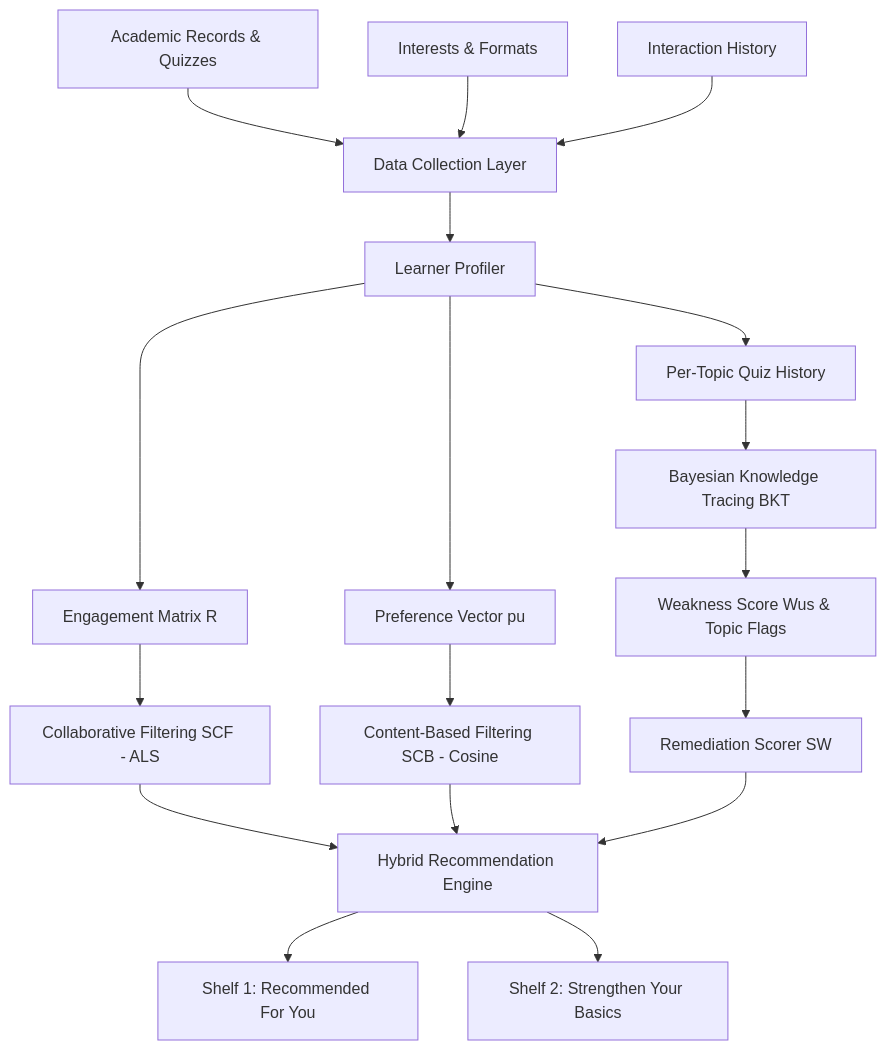
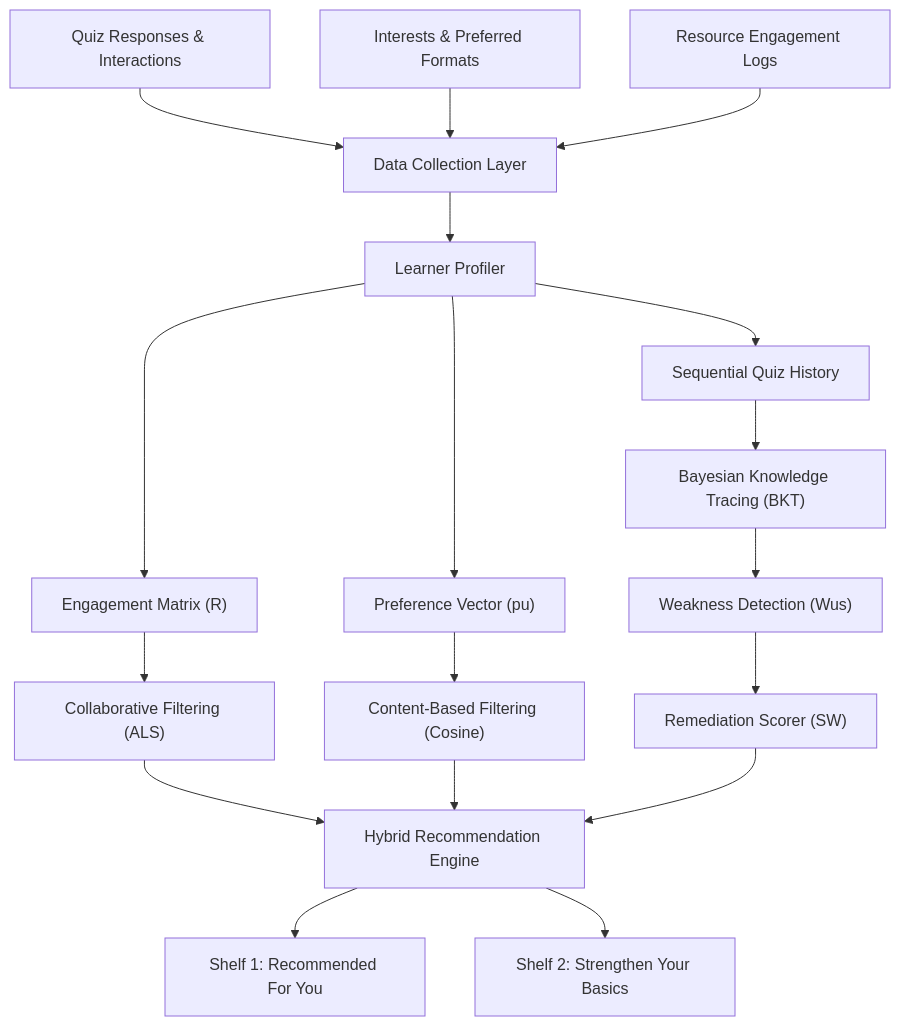
The diagram in README.md (JaashNandwana/personalized-learning-recommender), drawn with Mermaid before and after one commit. The commit also changed other lines of this file and 3 other files, not shown here.

````diff
--- a/README.md
+++ b/README.md
@@ -29,25 +52,25 @@
 ```mermaid
-graph TD
-    A[Academic Records & Quizzes] --> B[Data Collection Layer]
-    C[Interests & Formats] --> B
-    D[Interaction History] --> B
-    
-    B --> E[Learner Profiler]
-    E --> F[Preference Vector pu]
-    E --> G[Engagement Matrix R]
-    E --> H[Per-Topic Quiz History]
-    
-    H --> I[Bayesian Knowledge Tracing BKT]
-    I --> J["Weakness Score Wus & Topic Flags"]
-    
-    G --> K[Collaborative Filtering SCF - ALS]
-    F --> L[Content-Based Filtering SCB - Cosine]
-    J --> M[Remediation Scorer SW]
-    
-    K --> N[Hybrid Recommendation Engine]
+flowchart TD
+    A["Quiz Responses & Interactions"] --> B["Data Collection Layer"]
+    C["Interests & Preferred Formats"] --> B
+    D["Resource Engagement Logs"] --> B
+
+    B --> E["Learner Profiler"]
+    E --> F["Preference Vector (pu)"]
+    E --> G["Engagement Matrix (R)"]
+    E --> H["Sequential Quiz History"]
+
+    H --> I["Bayesian Knowledge Tracing (BKT)"]
+    I --> J["Weakness Detection (Wus)"]
+
+    G --> K["Collaborative Filtering (ALS)"]
+    F --> L["Content-Based Filtering (Cosine)"]
+    J --> M["Remediation Scorer (SW)"]
+
+    K --> N["Hybrid Recommendation Engine"]
     L --> N
     M --> N
-    
+
     N --> O["Shelf 1: Recommended For You"]
     N --> P["Shelf 2: Strengthen Your Basics"]
 ```
````
